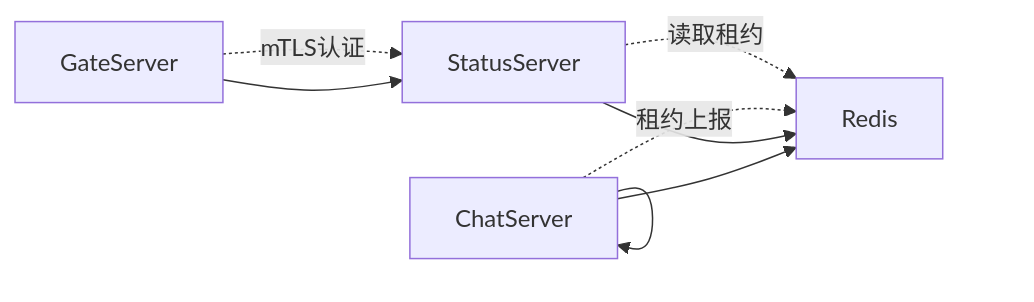
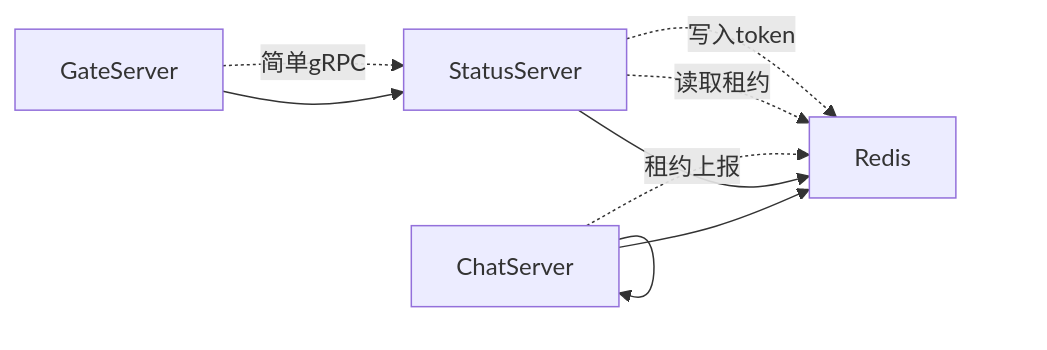
Before and after one commit to echo9923/mychatter: the seventh of 7 diagrams in .qoder/repowiki/zh/content/分布式系统/服务治理/服务注册与发现.md, drawn with Mermaid. The commit also changed other lines of this file and 58 other files, not shown here.

````diff
--- a/.qoder/repowiki/zh/content/分布式系统/服务治理/服务注册与发现.md
+++ b/.qoder/repowiki/zh/content/分布式系统/服务治理/服务注册与发现.md
@@ -261,10 +260,11 @@
 ```mermaid
 graph LR
 ChatServer --> Redis
 StatusServer --> Redis
 GateServer --> StatusServer
 ChatServer --> ChatServer
 ChatServer -.->|租约上报| Redis
 StatusServer -.->|读取租约| Redis
-GateServer -.->|mTLS认证| StatusServer
+StatusServer -.->|写入token| Redis
+GateServer -.->|简单gRPC| StatusServer
 ```
````
